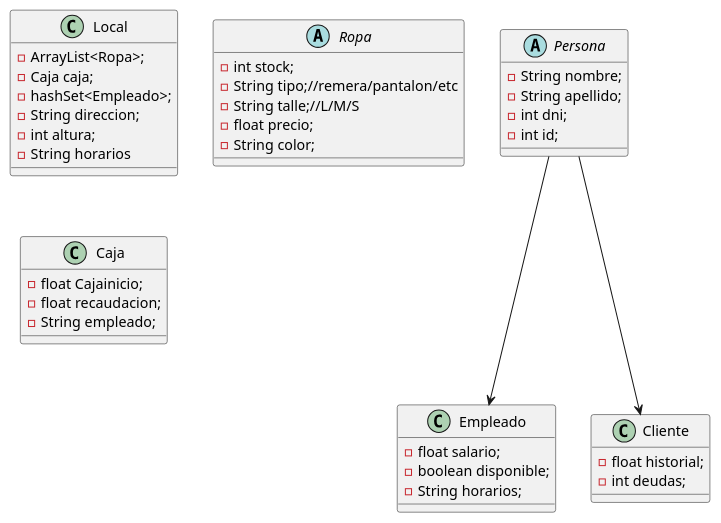
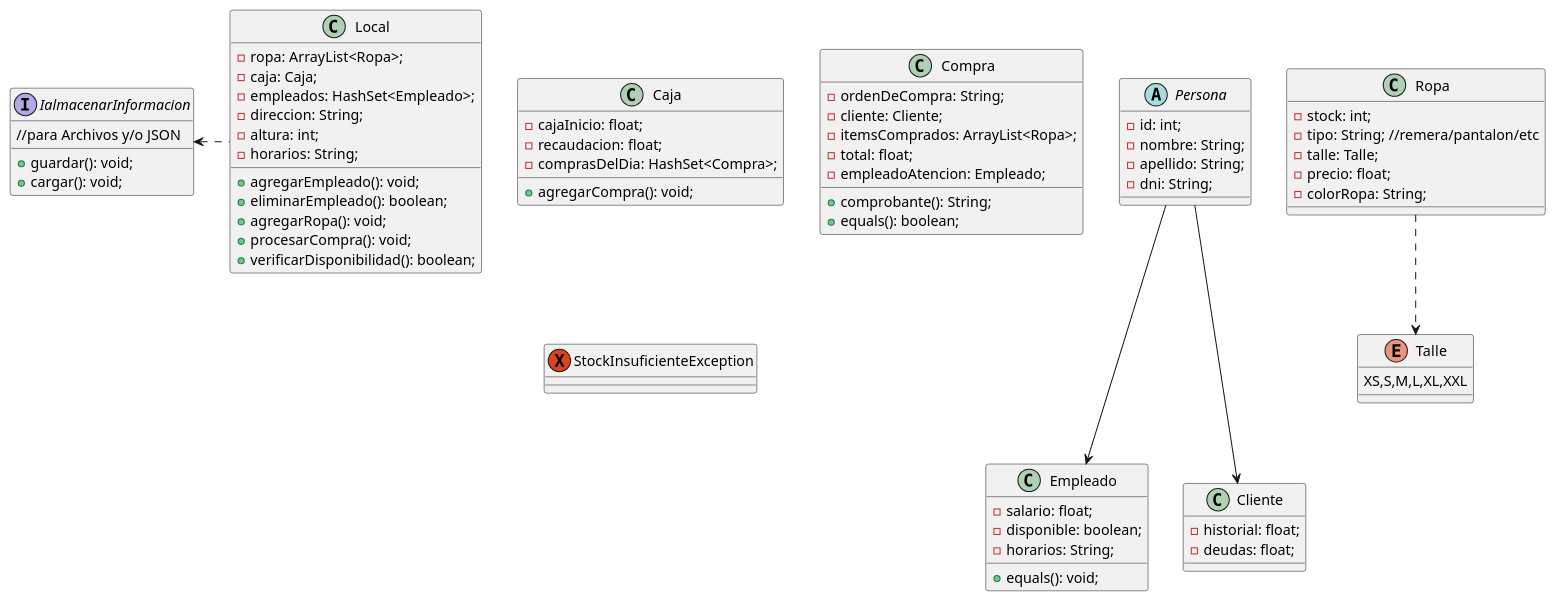
One commit to tTomasDE/TP-Final-LABO3 changed the diagram in UML.puml. Above: the diagram before and after it, drawn with PlantUML. The commit also changed 15 other files, not shown here.

```diff
--- a/UML.puml
+++ b/UML.puml
@@ -1,46 +1,84 @@
 @startuml
 
+Local.left>IalmacenarInformacion
+
 Persona --->Empleado
+
 Persona --->Cliente
 
+Ropa..>Talle
+
+
+
 class Local {
--ArrayList<Ropa>;
--Caja caja;
--hashSet<Empleado>;
--String direccion;
--int altura;
--String horarios
+-ropa: ArrayList<Ropa>;
+-caja: Caja;
+-empleados: HashSet<Empleado>;
+-direccion: String;
+-altura: int;
+-horarios: String;
++agregarEmpleado(): void;
++eliminarEmpleado(): boolean;
++agregarRopa(): void;
++procesarCompra(): void;
++verificarDisponibilidad(): boolean;
 }
-abstract class Ropa {
--int stock;
--String tipo;//remera/pantalon/etc
--String talle;//L/M/S
--float precio;
-- String color;
+class Ropa {
+-stock: int;
+-tipo: String; //remera/pantalon/etc
+-talle: Talle;
+-precio: float;
+-colorRopa: String;
 }
 abstract class Persona{
--String nombre;
--String apellido;
--int dni;
--int id;
+-id: int;
+-nombre: String;
+-apellido: String;
+-dni: String;
 }
 class Empleado{
--float salario;
--boolean disponible;
--String horarios;
+-salario: float;
+-disponible: boolean;
+-horarios: String;
++equals(): void;
 }
 class Cliente{
--float historial;
--int deudas;
+-historial: float;
+-deudas: float;
 
 }
 class Caja{
--float Cajainicio;
--float recaudacion;
--String empleado;
+-cajaInicio: float;
+-recaudacion: float;
+-comprasDelDia: HashSet<Compra>;
++agregarCompra(): void;
 }
+
+class Compra {
+-ordenDeCompra: String;
+-cliente: Cliente;
+-itemsComprados: ArrayList<Ropa>;
+-total: float;
+-empleadoAtencion: Empleado;
++comprobante(): String;
++equals(): boolean;
+}
+
+enum Talle {
+XS,S,M,L,XL,XXL
+}
+interface IalmacenarInformacion {
+//para Archivos y/o JSON
++guardar(): void;
++cargar(): void;
+}
+
+exception StockInsuficienteException{
+
 }
 
 
 
+
+
 @enduml
```
